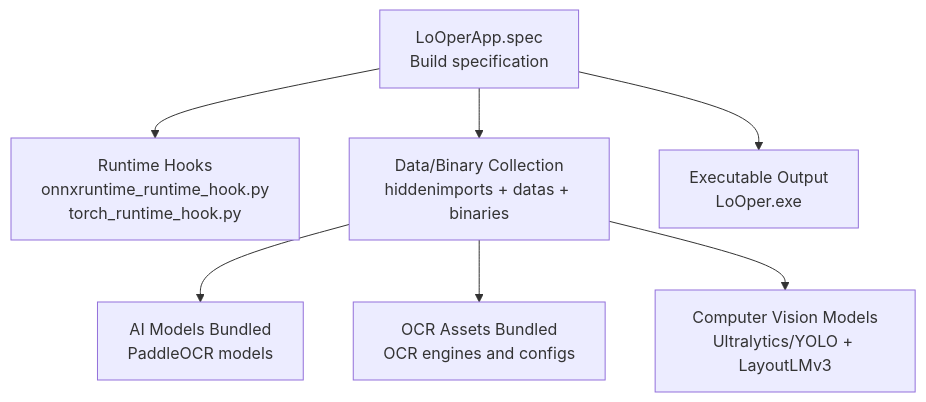
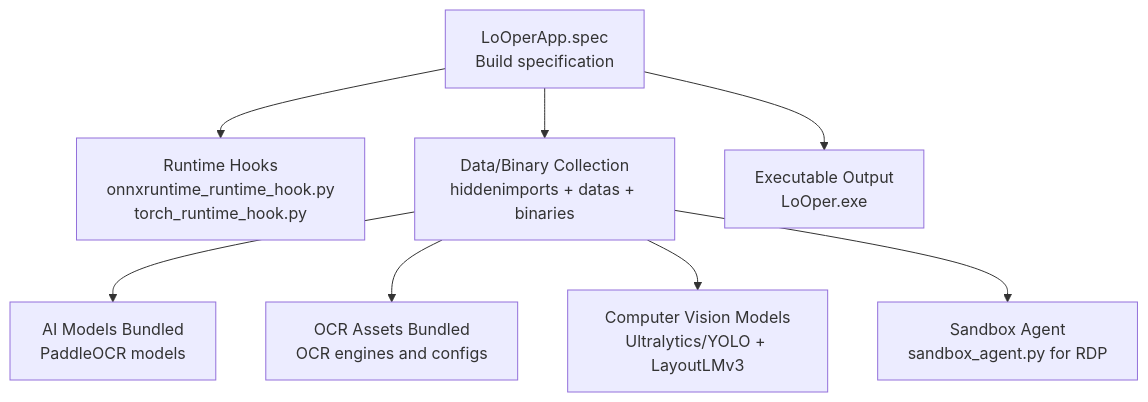
Before and after one commit to RodrigoBenitez343/Arrow: the first of 12 diagrams in .qoder/repowiki/en/content/Packaging and Distribution/PyInstaller Configuration.md, drawn with Mermaid. The commit also changed other lines of this file and 53 other files, not shown here.

````diff
--- a/.qoder/repowiki/en/content/Packaging and Distribution/PyInstaller Configuration.md
+++ b/.qoder/repowiki/en/content/Packaging and Distribution/PyInstaller Configuration.md
@@ -38,9 +48,10 @@
 ```mermaid
 graph TB
 Spec["LoOperApp.spec<br/>Build specification"] --> Hooks["Runtime Hooks<br/>onnxruntime_runtime_hook.py<br/>torch_runtime_hook.py"]
 Spec --> Collect["Data/Binary Collection<br/>hiddenimports + datas + binaries"]
 Collect --> Models["AI Models Bundled<br/>PaddleOCR models"]
 Collect --> OCR["OCR Assets Bundled<br/>OCR engines and configs"]
 Collect --> CV["Computer Vision Models<br/>Ultralytics/YOLO + LayoutLMv3"]
+Collect --> Sandbox["Sandbox Agent<br/>sandbox_agent.py for RDP"]
 Spec --> Exe["Executable Output<br/>LoOper.exe"]
 ```
````
